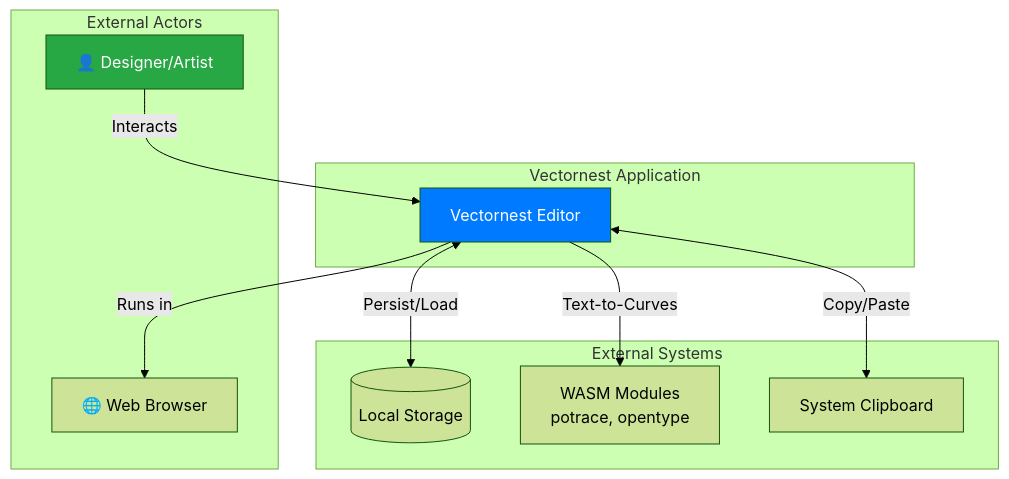
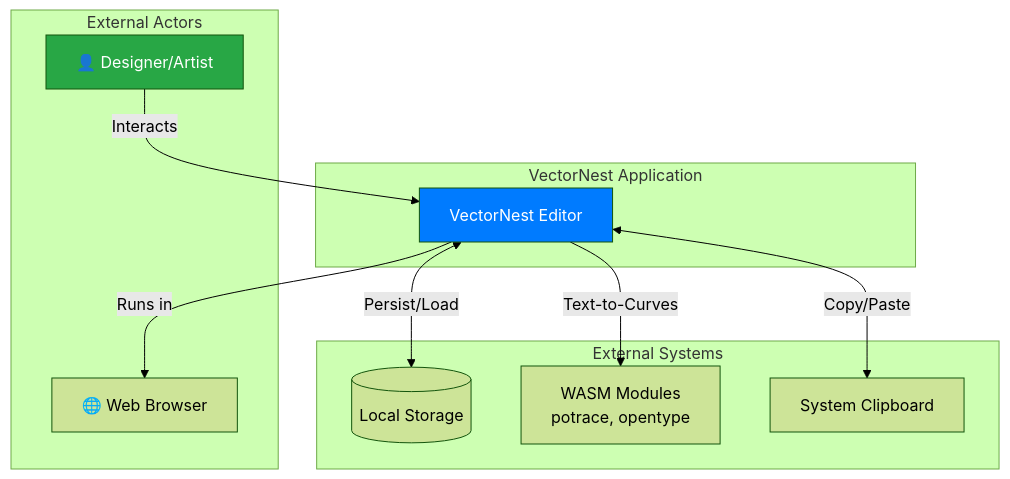
Before and after one commit to ekrsulov/ttpe: the first of 15 diagrams in doc/docs/architecture/diagrams.md, drawn with Mermaid (forest theme). The commit also changed other lines of this file and 34 other files, not shown here.

Commit message:
fix: standardize capitalization of "VectorNest" throughout documentation and configuration files

````diff
--- a/doc/docs/architecture/diagrams.md
+++ b/doc/docs/architecture/diagrams.md
@@ -13,26 +13,26 @@
 ```mermaid
 graph TB
     subgraph "External Actors"
         User[👤 Designer/Artist]
         Browser[🌐 Web Browser]
     end
     
-    subgraph "Vectornest Application"
-        App[Vectornest Editor]
+    subgraph "VectorNest Application"
+        App[VectorNest Editor]
     end
     
     subgraph "External Systems"
         LocalStorage[(Local Storage)]
         WASM[WASM Modules<br/>potrace, opentype]
         Clipboard[System Clipboard]
     end
     
     User -->|Interacts| App
     App -->|Runs in| Browser
     App <-->|Persist/Load| LocalStorage
     App -->|Text-to-Curves| WASM
     App <-->|Copy/Paste| Clipboard
     
     style App fill:#007bff,color:#fff
     style User fill:#28a745,color:#fff
 ```
````
